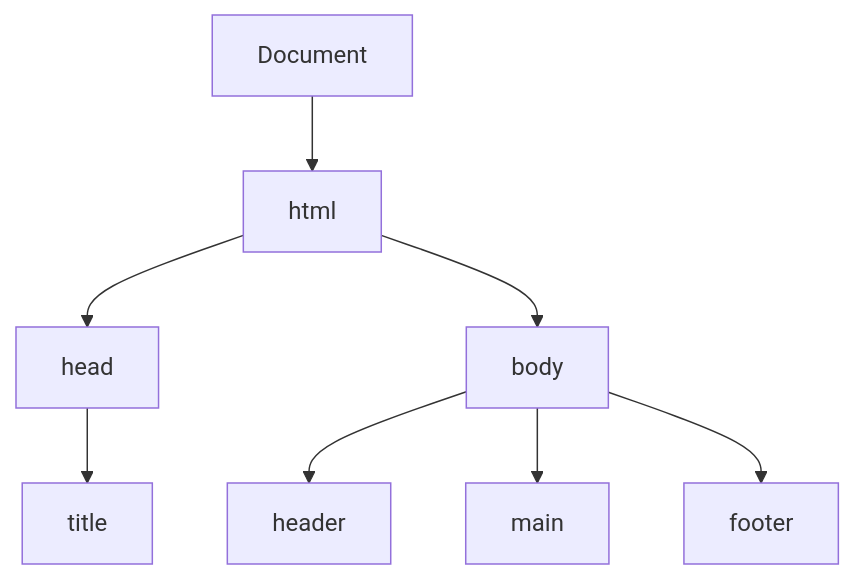
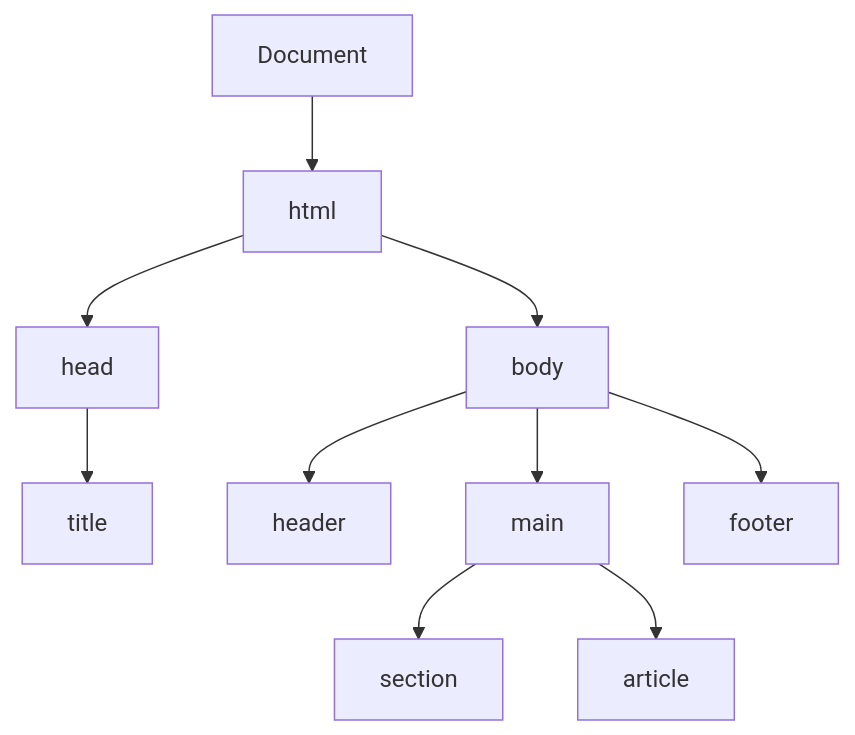
One commit to Subbarao6338/docs changed the diagram in languages/html.mdx. Above: the diagram before and after it, drawn with Mermaid. The commit also changed other lines of this file and 13 other files, not shown here.

````diff
--- a/languages/html.mdx
+++ b/languages/html.mdx
@@ -10,10 +10,12 @@
 ```mermaid
 graph TD
     A[Document] --> B[html]
     B --> C[head]
     B --> D[body]
     C --> E[title]
     D --> F[header]
     D --> G[main]
     D --> H[footer]
+    G --> I[section]
+    G --> J[article]
 ```
````
